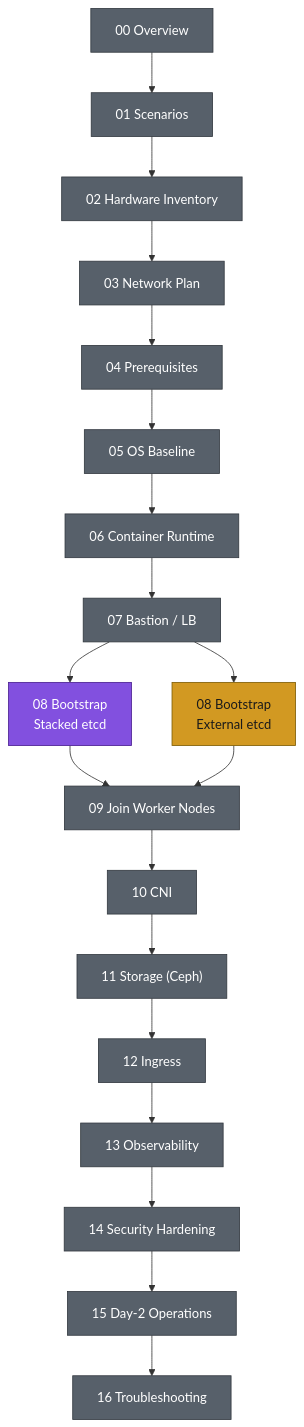
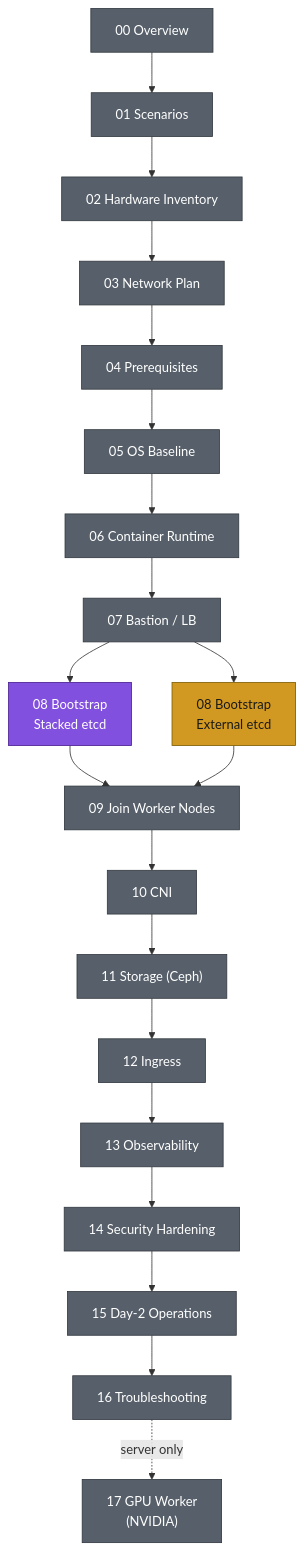
The diagram in README.md (bahman-farhadian/kubernetes-lab), drawn with Mermaid before and after one commit. The commit also changed other lines of this file and 6 other files, not shown here.

````diff
--- a/README.md
+++ b/README.md
@@ -41,19 +46,20 @@
 ```mermaid
 flowchart TD
     S00["00 Overview"]:::common --> S01["01 Scenarios"]:::common
     S01 --> S02["02 Hardware Inventory"]:::common --> S03["03 Network Plan"]:::common
     S03 --> S04["04 Prerequisites"]:::common --> S05["05 OS Baseline"]:::common
     S05 --> S06["06 Container Runtime"]:::common --> S07["07 Bastion / LB"]:::common
     S07 --> S08A["08 Bootstrap\nStacked etcd"]:::scenarioA
     S07 --> S08B["08 Bootstrap\nExternal etcd"]:::scenarioB
     S08A --> S09["09 Join Worker Nodes"]:::common
     S08B --> S09
     S09 --> S10["10 CNI"]:::common --> S11["11 Storage (Ceph)"]:::common
     S11 --> S12["12 Ingress"]:::common --> S13["13 Observability"]:::common
     S13 --> S14["14 Security Hardening"]:::common --> S15["15 Day-2 Operations"]:::common
     S15 --> S16["16 Troubleshooting"]:::common
+    S16 -. server only .-> S17["17 GPU Worker\n(NVIDIA)"]:::common
 
     classDef common fill:#57606a,stroke:#32383f,color:#ffffff
     classDef scenarioA fill:#8250df,stroke:#4b1f91,color:#ffffff
     classDef scenarioB fill:#d29922,stroke:#7d5c05,color:#1a1a1a
 ```
````
